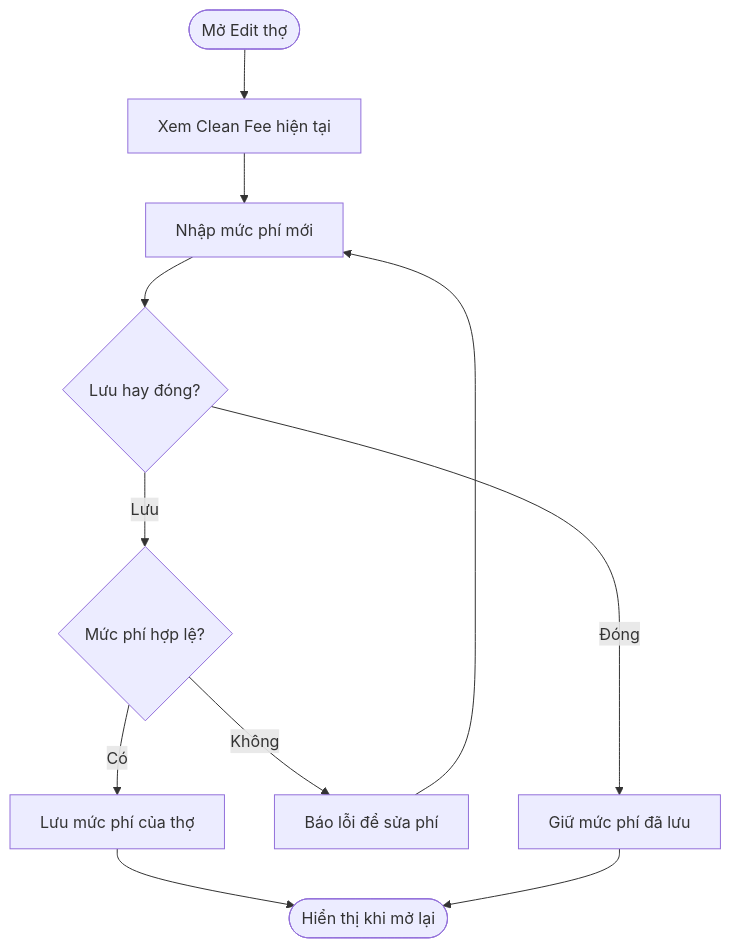
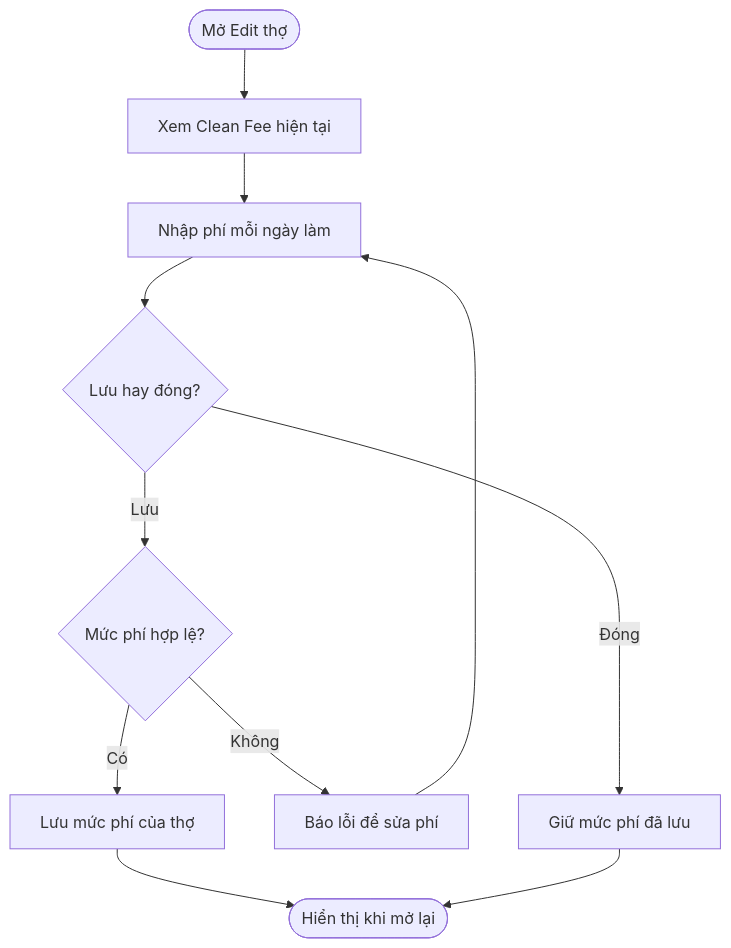
The diagram in docs/business/technician-clean-fee.md (maivtn/taxiq), drawn with Mermaid before and after one commit. The commit also changed other lines of this file and 2 other files, not shown here.

````diff
--- a/docs/business/technician-clean-fee.md
+++ b/docs/business/technician-clean-fee.md
@@ -54,13 +55,13 @@
 ```mermaid
 flowchart TD
     A([Mở Edit thợ]) --> B[Xem Clean Fee hiện tại]
-    B --> C[Nhập mức phí mới]
+    B --> C[Nhập phí mỗi ngày làm]
     C --> D{Lưu hay đóng?}
     D -- Đóng --> E[Giữ mức phí đã lưu]
     D -- Lưu --> F{Mức phí hợp lệ?}
     F -- Không --> G[Báo lỗi để sửa phí]
     G --> C
     F -- Có --> H[Lưu mức phí của thợ]
     H --> I([Hiển thị khi mở lại])
     E --> I
 ```
````
